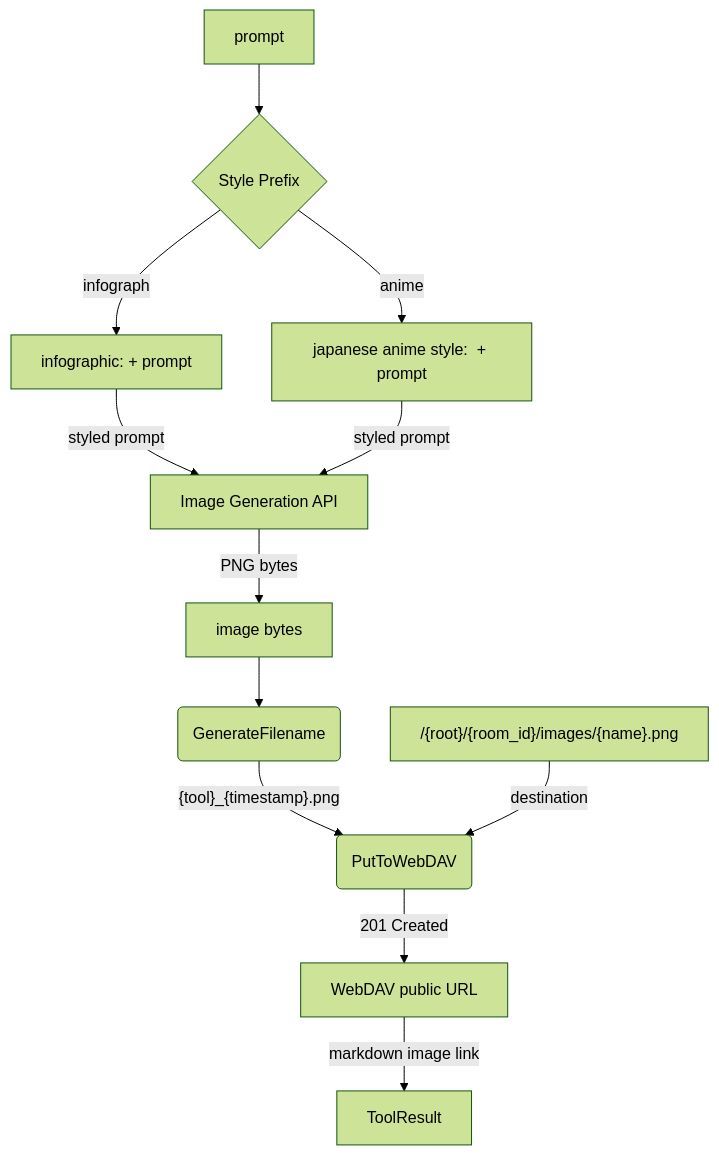
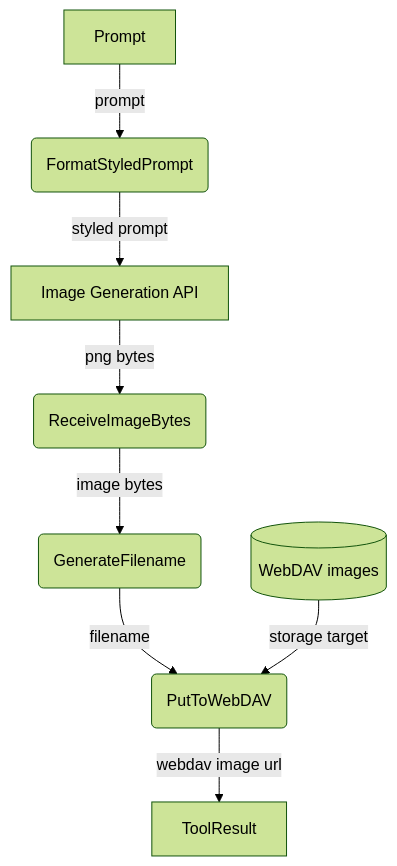
The fifth of 6 diagrams in _dfds/agent-harness.md (cosmoswafer/rockbot), drawn with Mermaid (forest theme) before and after one commit. The commit also changed other lines of this file and 7 other files, not shown here.

Commit message:
fix(dfd): add room_name field and room-specific callbacks to rocketchat DFD

````diff
--- a/_dfds/agent-harness.md
+++ b/_dfds/agent-harness.md
@@ -148,26 +125,19 @@
 ```mermaid
 flowchart TD
-    PROMPT[prompt]
-    STYLE{Style Prefix}
-    INFO["infographic: " + prompt]
-    ANI["japanese anime style: " + prompt]
+    PROMPT[Prompt]
+    FORMAT(FormatStyledPrompt)
     API[Image Generation API]
-    BYTES[image bytes]
+    BYTES(ReceiveImageBytes)
     NAME(GenerateFilename)
     PUT(PutToWebDAV)
-    DAV["/{root}/{room_id}/images/{name}.png"]
-    URL[WebDAV public URL]
+    DAV[(WebDAV images)]
     RESULT[ToolResult]
 
-    PROMPT --> STYLE
-    STYLE -->|"infograph"| INFO
-    STYLE -->|"anime"| ANI
-    INFO -->|"styled prompt"| API
-    ANI -->|"styled prompt"| API
-    API -->|"PNG bytes"| BYTES
-    BYTES --> NAME
-    NAME -->|"{tool}_{timestamp}.png"| PUT
-    DAV -->|"destination"| PUT
-    PUT -->|"201 Created"| URL
-    URL -->|"markdown image link"| RESULT
+    PROMPT -->|"prompt"| FORMAT
+    FORMAT -->|"styled prompt"| API
+    API -->|"png bytes"| BYTES
+    BYTES -->|"image bytes"| NAME
+    NAME -->|"filename"| PUT
+    DAV -->|"storage target"| PUT
+    PUT -->|"webdav image url"| RESULT
 ```
````
